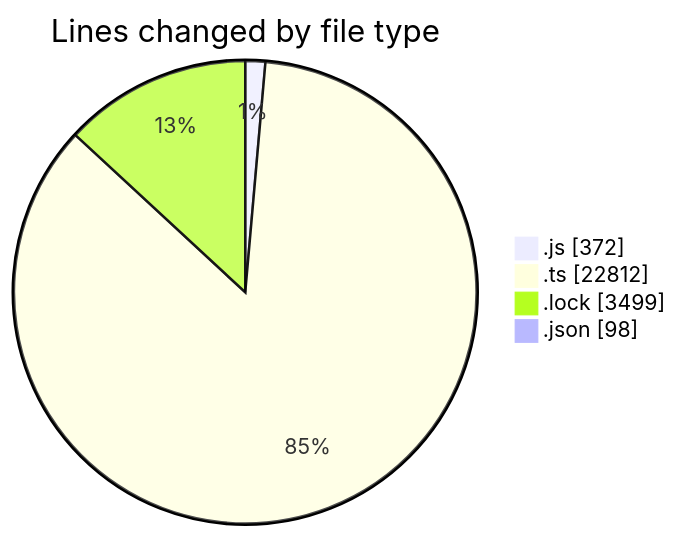
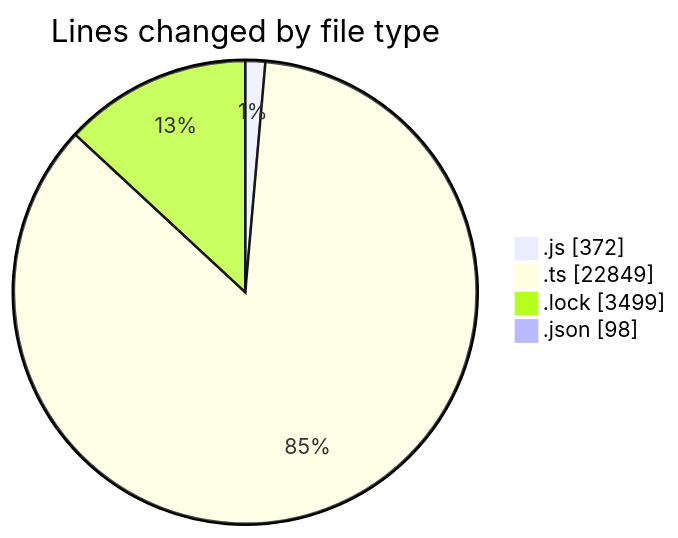
The first of 2 diagrams in 2025-05-27/cda/README.md (momahboobian/code-tracking), drawn with Mermaid before and after one commit. The commit also changed other lines of this file and 1 other file, not shown here.

````diff
--- a/2025-05-27/cda/README.md
+++ b/2025-05-27/cda/README.md
@@ -30,8 +30,8 @@
 ```mermaid
 pie showData
 title Lines changed by file type
 ".js" : 372
-".ts" : 22812
+".ts" : 22849
 ".lock" : 3499
 ".json" : 98
 ```
````
